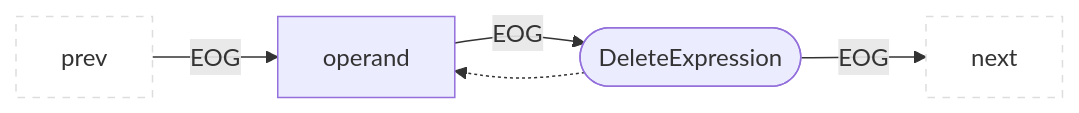
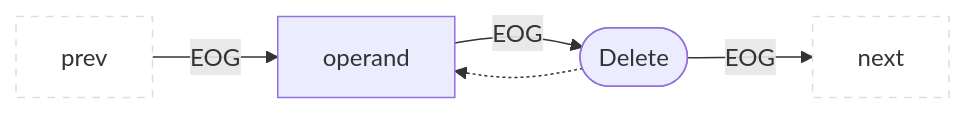
One commit to Fraunhofer-AISEC/cpg changed diagram 23 of 49 in docs/docs/CPG/specs/eog.md. Above: the diagram before and after it, drawn with Mermaid. The commit also changed other lines of this file and 403 other files, not shown here.

````diff
--- a/docs/docs/CPG/specs/eog.md
+++ b/docs/docs/CPG/specs/eog.md
@@ -466,8 +466,8 @@
 ```mermaid
 flowchart LR
   classDef outer fill:#fff,stroke:#ddd,stroke-dasharray:5 5;
   prev:::outer --EOG--> child["operand"]
   child --EOG--> parent
-  parent(["DeleteExpression"]) --EOG--> next:::outer
+  parent(["Delete"]) --EOG--> next:::outer
   parent -.-> child
 ```
````
